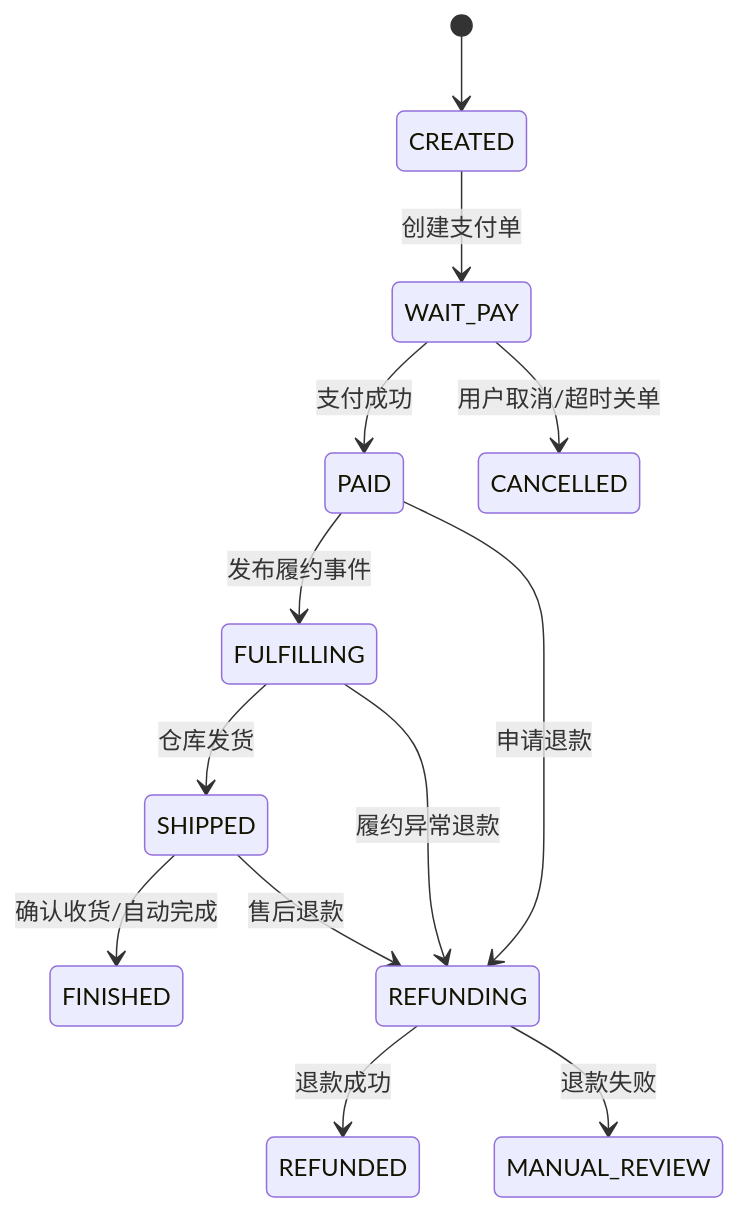
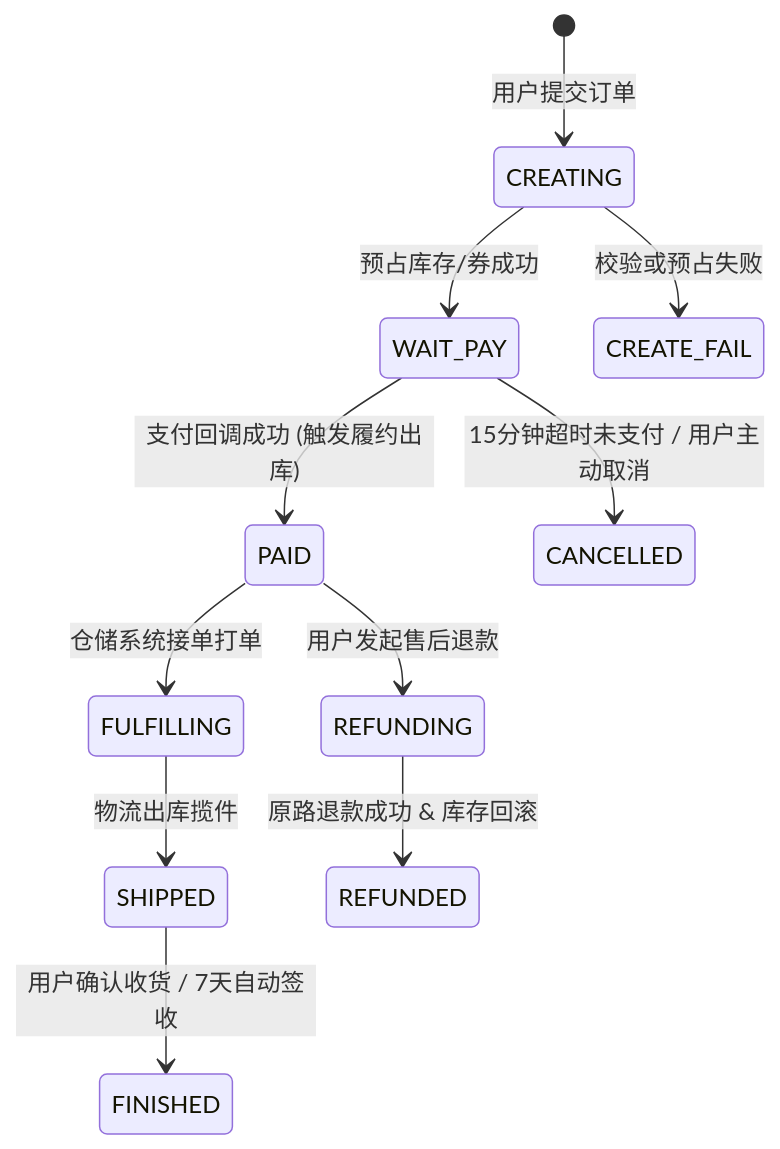
The first of 3 diagrams in 20-Java后端/09-项目实战/03-项目-订单履约系统.md (GuoWWWX/knowledge-base), drawn with Mermaid before and after one commit. The commit also changed other lines of this file and 214 other files, not shown here.

````diff
--- a/20-Java后端/09-项目实战/03-项目-订单履约系统.md
+++ b/20-Java后端/09-项目实战/03-项目-订单履约系统.md
@@ -54,15 +41,16 @@
 ```mermaid
 stateDiagram-v2
-    [*] --> CREATED
-    CREATED --> WAIT_PAY: 创建支付单
-    WAIT_PAY --> PAID: 支付成功
-    WAIT_PAY --> CANCELLED: 用户取消/超时关单
-    PAID --> FULFILLING: 发布履约事件
-    FULFILLING --> SHIPPED: 仓库发货
-    SHIPPED --> FINISHED: 确认收货/自动完成
-    PAID --> REFUNDING: 申请退款
-    FULFILLING --> REFUNDING: 履约异常退款
-    SHIPPED --> REFUNDING: 售后退款
-    REFUNDING --> REFUNDED: 退款成功
-    REFUNDING --> MANUAL_REVIEW: 退款失败
+    [*] --> CREATING : 用户提交订单
+    CREATING --> WAIT_PAY : 预占库存/券成功
+    CREATING --> CREATE_FAIL : 校验或预占失败
+
+    WAIT_PAY --> PAID : 支付回调成功 (触发履约出库)
+    WAIT_PAY --> CANCELLED : 15分钟超时未支付 / 用户主动取消
+
+    PAID --> FULFILLING : 仓储系统接单打单
+    FULFILLING --> SHIPPED : 物流出库揽件
+    SHIPPED --> FINISHED : 用户确认收货 / 7天自动签收
+
+    PAID --> REFUNDING : 用户发起售后退款
+    REFUNDING --> REFUNDED : 原路退款成功 & 库存回滚
 ```
````
